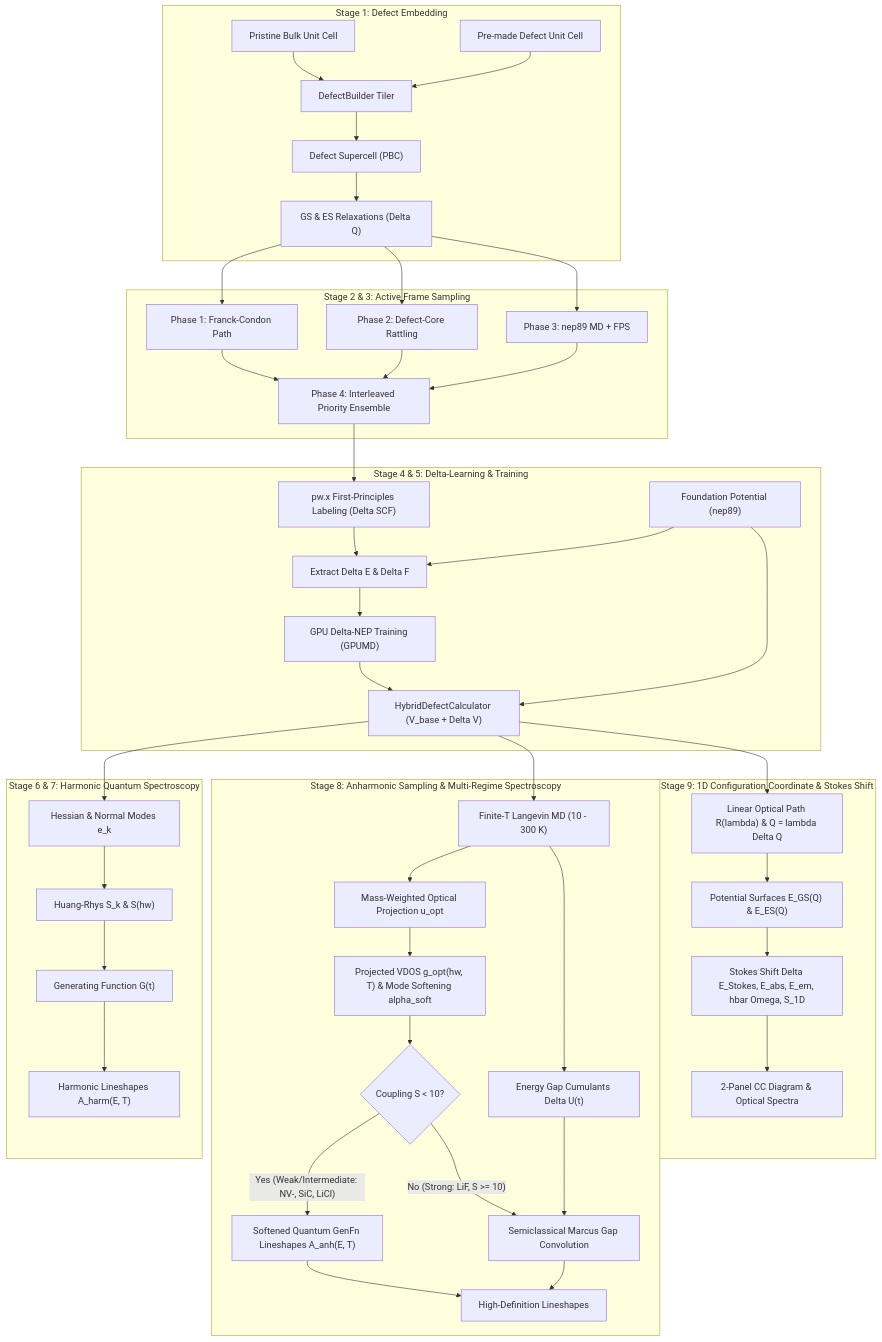
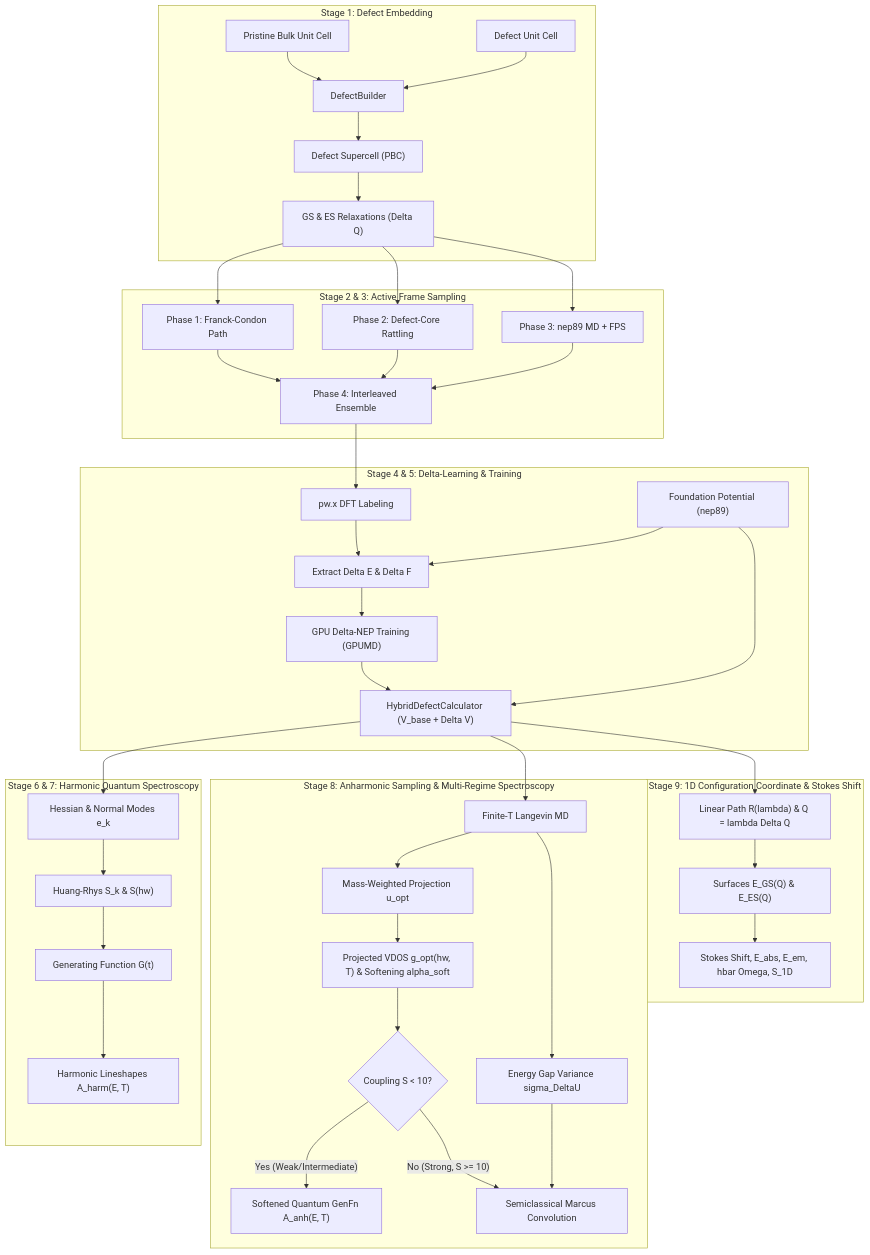
One commit to gsurfer04/HyDePh changed the diagram in docs/THEORY_WALKTHROUGH.md. Above: the diagram before and after it, drawn with Mermaid. The commit also changed other lines of this file and 19 other files, not shown here.

````diff
--- a/docs/THEORY_WALKTHROUGH.md
+++ b/docs/THEORY_WALKTHROUGH.md
@@ -24,54 +23,51 @@
 ```mermaid
 flowchart TD
     subgraph S1["Stage 1: Defect Embedding"]
-        Pristine["Pristine Bulk Unit Cell"] --> Builder["DefectBuilder Tiler"]
-        Defect["Pre-made Defect Unit Cell"] --> Builder
+        Pristine["Pristine Bulk Unit Cell"] --> Builder["DefectBuilder"]
+        Defect["Defect Unit Cell"] --> Builder
         Builder --> SC["Defect Supercell (PBC)"]
         SC --> Relax["GS & ES Relaxations (Delta Q)"]
     end
 
     subgraph S2["Stage 2 & 3: Active Frame Sampling"]
         Relax --> FC["Phase 1: Franck-Condon Path"]
         Relax --> Rattle["Phase 2: Defect-Core Rattling"]
         Relax --> MD["Phase 3: nep89 MD + FPS"]
-        FC --> Priority["Phase 4: Interleaved Priority Ensemble"]
+        FC --> Priority["Phase 4: Interleaved Ensemble"]
         Rattle --> Priority
         MD --> Priority
     end
 
     subgraph S3["Stage 4 & 5: Delta-Learning & Training"]
-        Priority --> QE["pw.x First-Principles Labeling (Delta SCF)"]
+        Priority --> QE["pw.x DFT Labeling"]
         BasePot["Foundation Potential (nep89)"] --> Subtract["Extract Delta E & Delta F"]
         QE --> Subtract
         Subtract --> NEP["GPU Delta-NEP Training (GPUMD)"]
         NEP --> Calc["HybridDefectCalculator (V_base + Delta V)"]
         BasePot --> Calc
     end
 
     subgraph S4["Stage 6 & 7: Harmonic Quantum Spectroscopy"]
         Calc --> Hessian["Hessian & Normal Modes e_k"]
         Hessian --> Sk["Huang-Rhys S_k & S(hw)"]
         Sk --> GenFunc["Generating Function G(t)"]
         GenFunc --> HarmPL["Harmonic Lineshapes A_harm(E, T)"]
     end
 
     subgraph S5["Stage 8: Anharmonic Sampling & Multi-Regime Spectroscopy"]
-        Calc --> LangMD["Finite-T Langevin MD (10 - 300 K)"]
-        LangMD --> Proj["Mass-Weighted Optical Projection u_opt"]
-        Proj --> VACF["Projected VDOS g_opt(hw, T) & Mode Softening alpha_soft"]
-        LangMD --> DeltaU["Energy Gap Cumulants Delta U(t)"]
+        Calc --> LangMD["Finite-T Langevin MD"]
+        LangMD --> Proj["Mass-Weighted Projection u_opt"]
+        Proj --> VACF["Projected VDOS g_opt(hw, T) & Softening alpha_soft"]
+        LangMD --> DeltaU["Energy Gap Variance sigma_DeltaU"]
         VACF --> Regimes{"Coupling S < 10?"}
-        Regimes -->|"Yes (Weak/Intermediate: NV-, SiC, LiCl)"| SoftGen["Softened Quantum GenFn Lineshapes A_anh(E, T)"]
-        Regimes -->|"No (Strong: LiF, S >= 10)"| MarcusConv["Semiclassical Marcus Gap Convolution"]
+        Regimes -->|"Yes (Weak/Intermediate)"| SoftGen["Softened Quantum GenFn A_anh(E, T)"]
+        Regimes -->|"No (Strong, S >= 10)"| MarcusConv["Semiclassical Marcus Convolution"]
         DeltaU --> MarcusConv
-        SoftGen --> FinalPL["High-Definition Lineshapes"]
-        MarcusConv --> FinalPL
     end
 
     subgraph S6["Stage 9: 1D Configuration Coordinate & Stokes Shift"]
-        Calc --> CCScan["Linear Optical Path R(lambda) & Q = lambda Delta Q"]
-        CCScan --> PES["Potential Surfaces E_GS(Q) & E_ES(Q)"]
-        PES --> Stokes["Stokes Shift Delta E_Stokes, E_abs, E_em, hbar Omega, S_1D"]
-        Stokes --> CCDiag["2-Panel CC Diagram & Optical Spectra"]
+        Calc --> CCScan["Linear Path R(lambda) & Q = lambda Delta Q"]
+        CCScan --> PES["Surfaces E_GS(Q) & E_ES(Q)"]
+        PES --> Stokes["Stokes Shift, E_abs, E_em, hbar Omega, S_1D"]
     end
 ```
````
